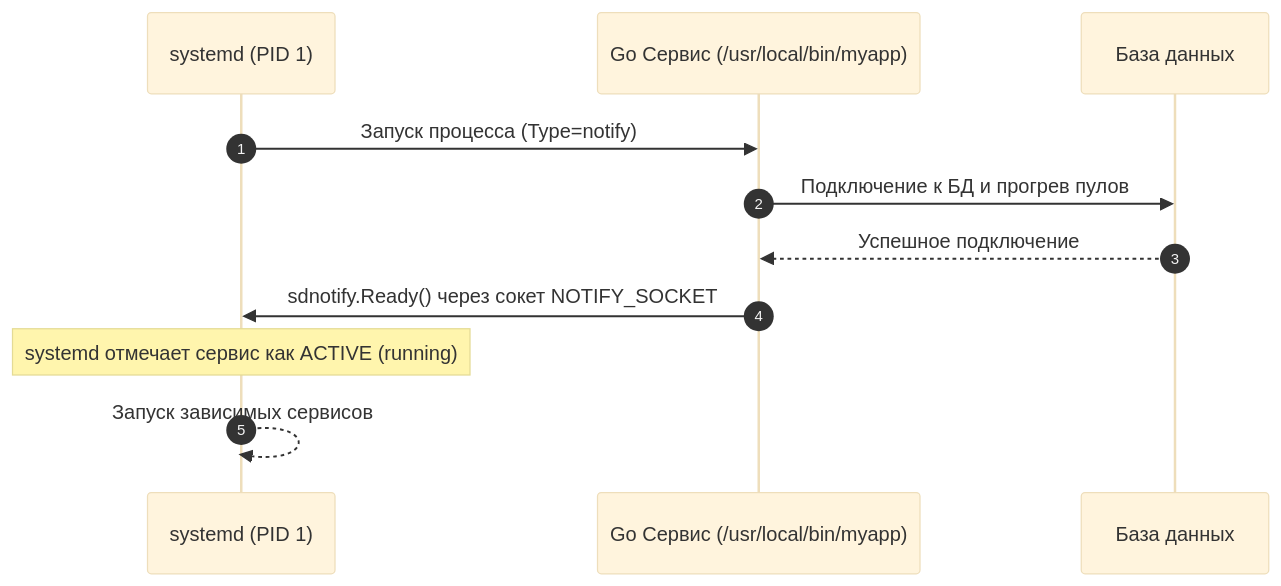
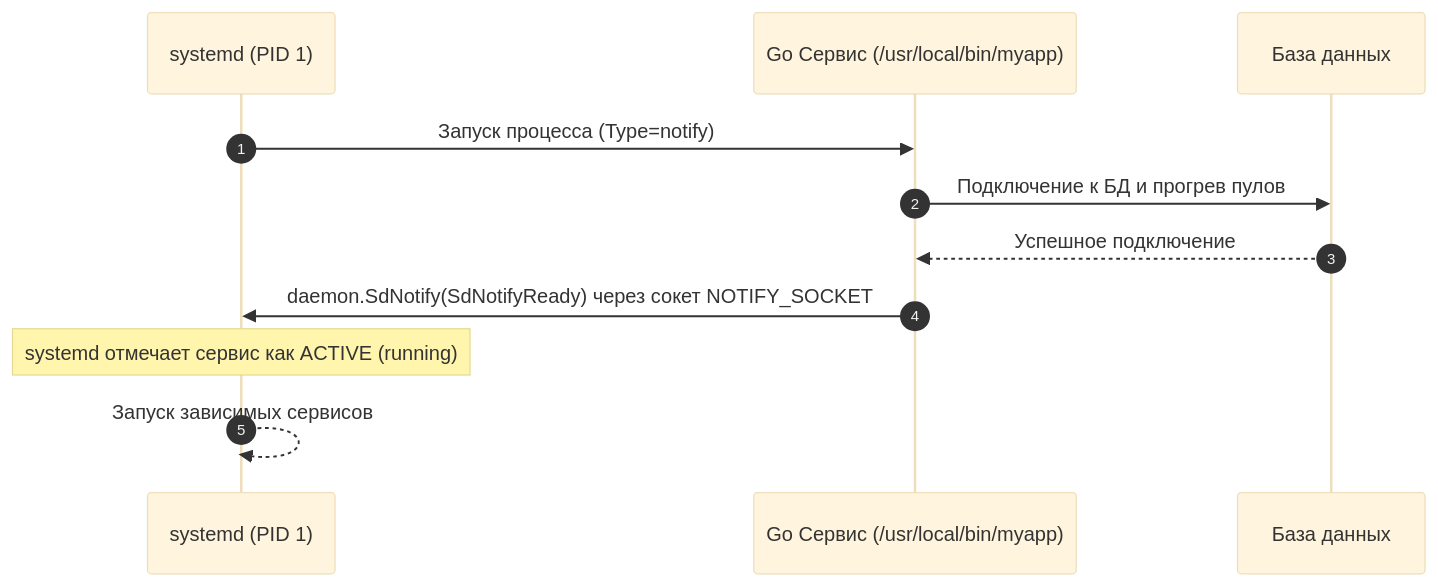
The second of 2 diagrams in sources/2. Устройство и работа ОС/29. Демоны и фоновые процессы.md (UnrealTemplier/go-textbook-ru), drawn with Mermaid (base theme) before and after one commit. The commit also changed other lines of this file and 59 other files, not shown here.

````diff
--- a/sources/2. Устройство и работа ОС/29. Демоны и фоновые процессы.md
+++ b/sources/2. Устройство и работа ОС/29. Демоны и фоновые процессы.md
@@ -142,14 +149,14 @@
 ```mermaid
 sequenceDiagram
     autonumber
     participant Systemd as systemd (PID 1)
     participant Daemon as Go Сервис (/usr/local/bin/myapp)
     participant DB as База данных
 
     Systemd->>Daemon: Запуск процесса (Type=notify)
     Daemon->>DB: Подключение к БД и прогрев пулов
     DB-->>Daemon: Успешное подключение
-    Daemon->>Systemd: sdnotify.Ready() через сокет NOTIFY_SOCKET
+    Daemon->>Systemd: daemon.SdNotify(SdNotifyReady) через сокет NOTIFY_SOCKET
     Note over Systemd: systemd отмечает сервис как ACTIVE (running)
     Systemd-->>Systemd: Запуск зависимых сервисов
 ```
````
